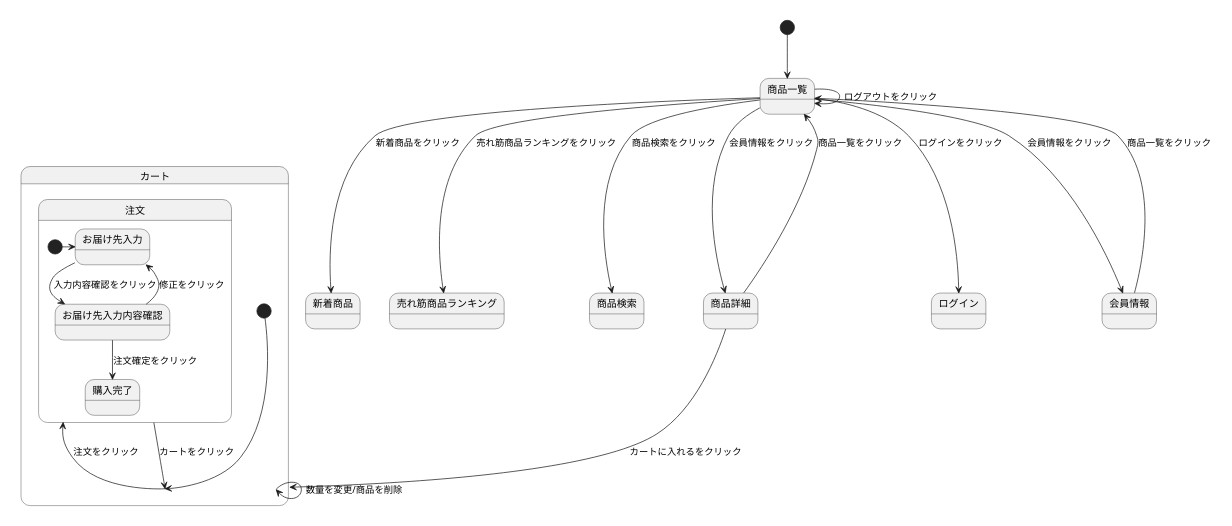
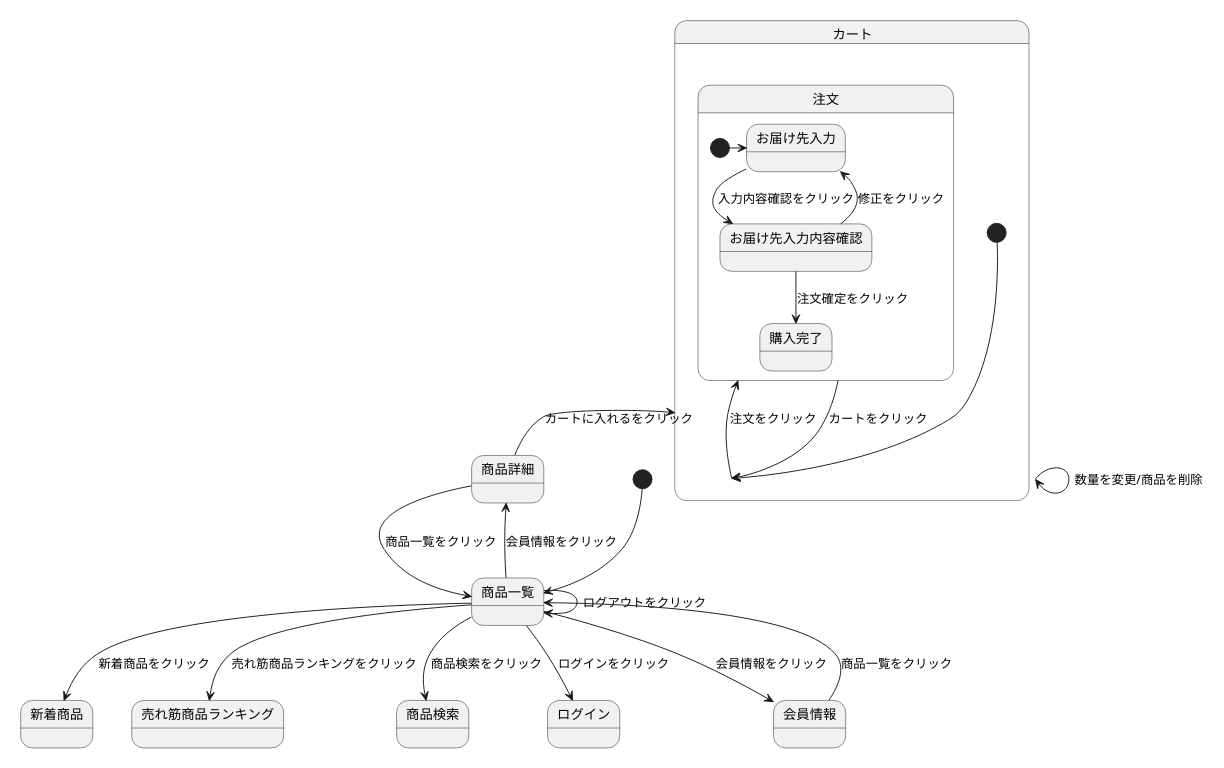
Before and after one commit to Aso2001369/2021sys-design: the diagram in stmmyshop.md, drawn with PlantUML.

````diff
--- a/stmmyshop.md
+++ b/stmmyshop.md
@@ -1,29 +1,29 @@
 ```uml
 @startuml
 scale 600 width
 [*] --> 商品一覧
 商品一覧 --> 新着商品 : 新着商品をクリック
 商品一覧 --> 売れ筋商品ランキング : 売れ筋商品ランキングをクリック
 商品一覧 --> 商品検索 : 商品検索をクリック
 商品一覧 --> 商品詳細 : 会員情報をクリック
 商品一覧 --> ログイン : ログインをクリック
 商品一覧 --> 商品一覧 : ログアウトをクリック
 商品一覧 --> 会員情報 : 会員情報をクリック
-商品詳細 --> カート : カートに入れるをクリック
+商品詳細 -> カート : カートに入れるをクリック
 state カート {
 [*] --> カート
 カート -> 注文 : 注文をクリック
 カート -> カート : 数量を変更/商品を削除
 注文 --> カート : カートをクリック
 state 注文 {
 [*] -> お届け先入力
 お届け先入力 --> お届け先入力内容確認 : 入力内容確認をクリック
 お届け先入力内容確認 --> お届け先入力 : 修正をクリック
 お届け先入力内容確認 --> 購入完了 : 注文確定をクリック
 }
 商品詳細 --> 商品一覧 : 商品一覧をクリック
 会員情報 --> 商品一覧 : 商品一覧をクリック
 
 
 @enduml
 ```
````
